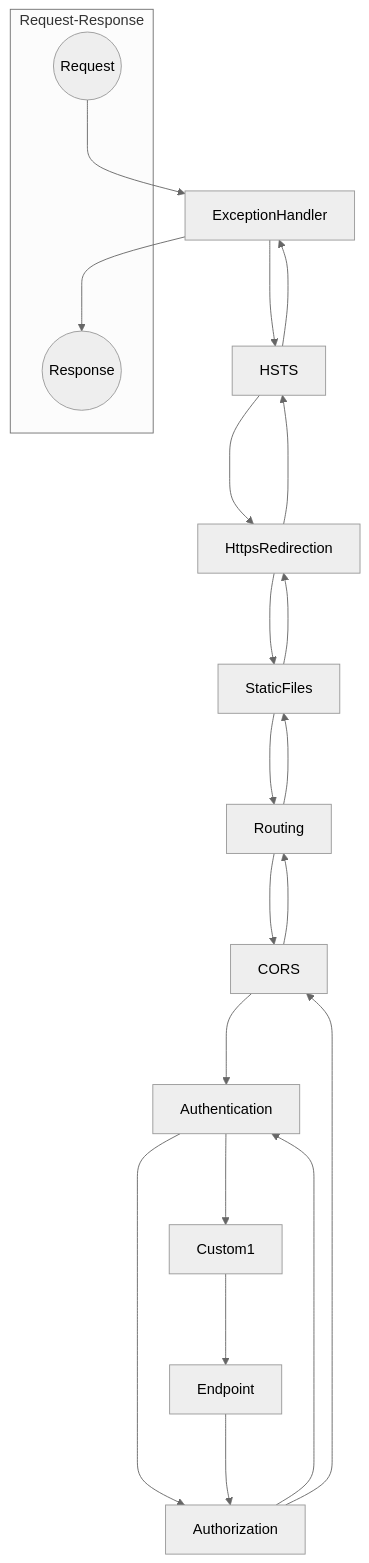
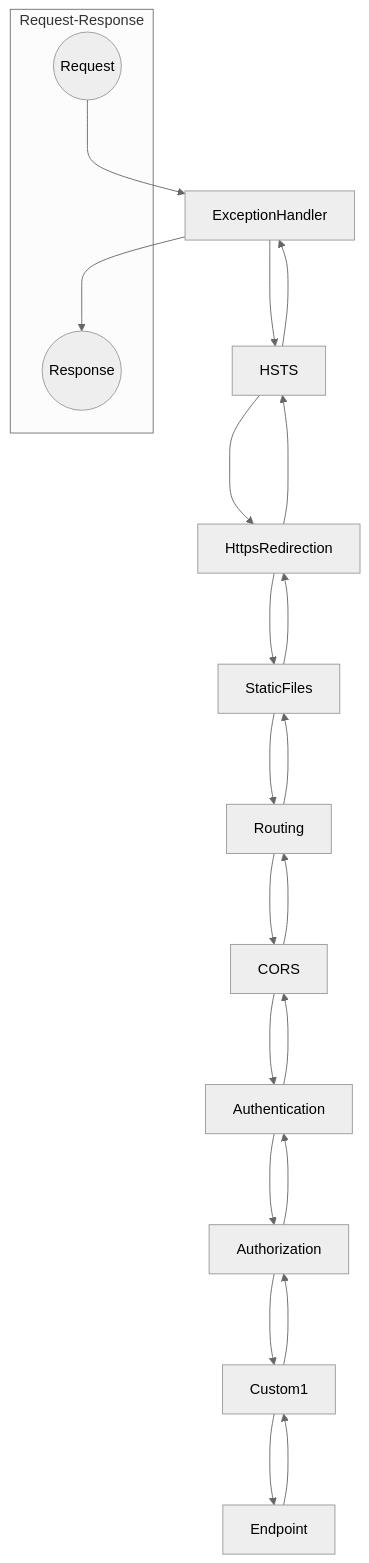
Before and after one commit to Rick-Anderson/MiddlewareMermaid: the diagram in MiddlewareMermaid/f.md, drawn with Mermaid (neutral theme).

````diff
--- a/MiddlewareMermaid/f.md
+++ b/MiddlewareMermaid/f.md
@@ -1,27 +1,30 @@
 ```mermaid
 graph TD;
     subgraph Request-Response
         Request((Request))
         Response((Response))
     end
     Request--->ExceptionHandler
     ExceptionHandler--->HSTS
     HSTS--->HttpsRedirection
     HttpsRedirection--->StaticFiles
     StaticFiles--->Routing
     Routing--->CORS
     CORS--->Authentication
     Authentication--->Authorization
-    Authorization-->Authentication
-    Authentication--->Custom1
+    Authorization--->Custom1
     Custom1--->Endpoint
-    Endpoint--->Authorization
-    Authorization--->CORS
+    
+    Endpoint--->Custom1
+    Custom1--->Authorization
+    Authorization--->Authentication
+    Authentication--->CORS
     CORS--->Routing
     Routing--->StaticFiles
     StaticFiles--->HttpsRedirection
     HttpsRedirection--->HSTS
     HSTS--->ExceptionHandler
     ExceptionHandler--->Response
 
+
 ```
````
